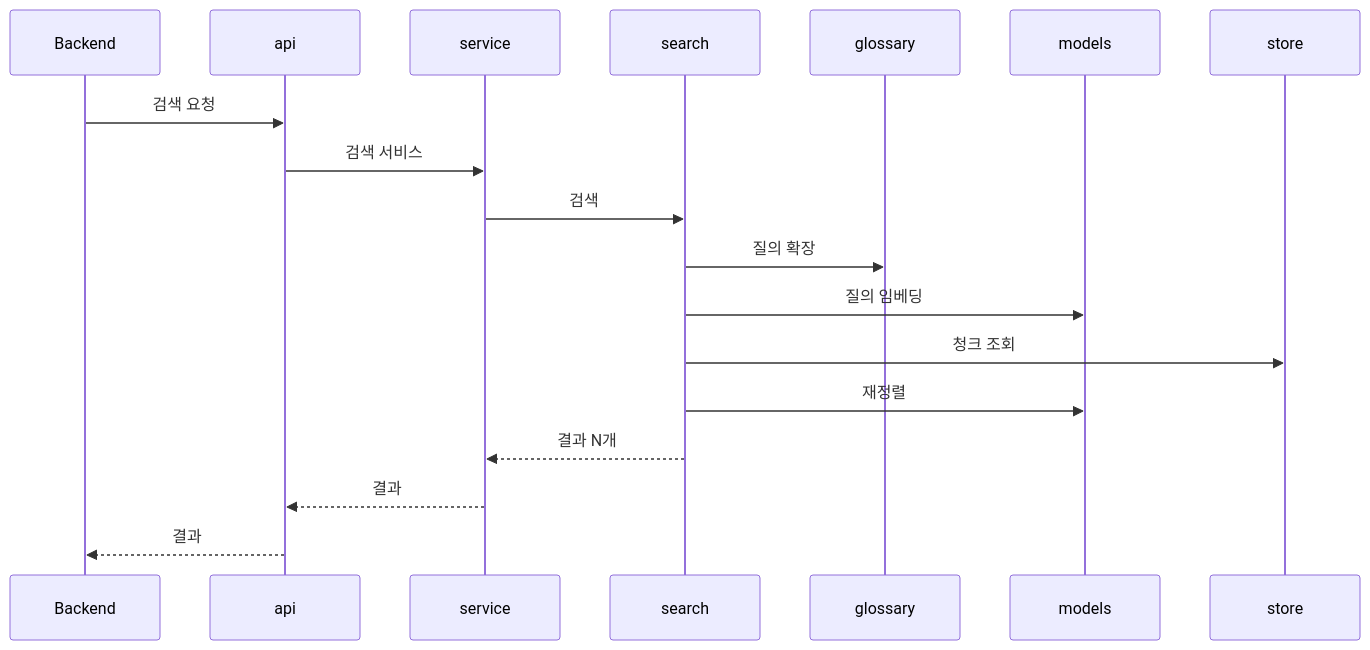
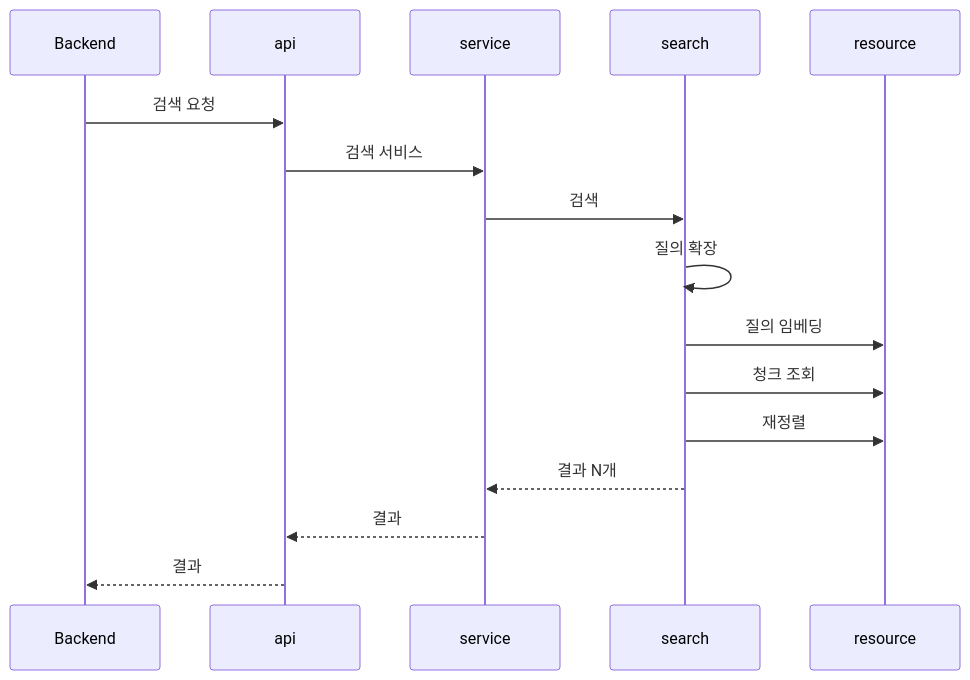
One commit to victor7-aquila/minerva changed the fourth of 4 diagrams in apps/rag-server/ARCHITECT.md. Above: the diagram before and after it, drawn with Mermaid. The commit also changed other lines of this file and 19 other files, not shown here.

````diff
--- a/apps/rag-server/ARCHITECT.md
+++ b/apps/rag-server/ARCHITECT.md
@@ -182,20 +162,18 @@
 ```mermaid
 sequenceDiagram
     participant BE as Backend
     participant API as api
     participant SV as service
     participant S as search
-    participant G as glossary
-    participant M as models
-    participant ST as store
+    participant R as resource
     BE->>API: 검색 요청
     API->>SV: 검색 서비스
     SV->>S: 검색
-    S->>G: 질의 확장
-    S->>M: 질의 임베딩
-    S->>ST: 청크 조회
-    S->>M: 재정렬
+    S->>S: 질의 확장
+    S->>R: 질의 임베딩
+    S->>R: 청크 조회
+    S->>R: 재정렬
     S-->>SV: 결과 N개
     SV-->>API: 결과
     API-->>BE: 결과
 ```
````
